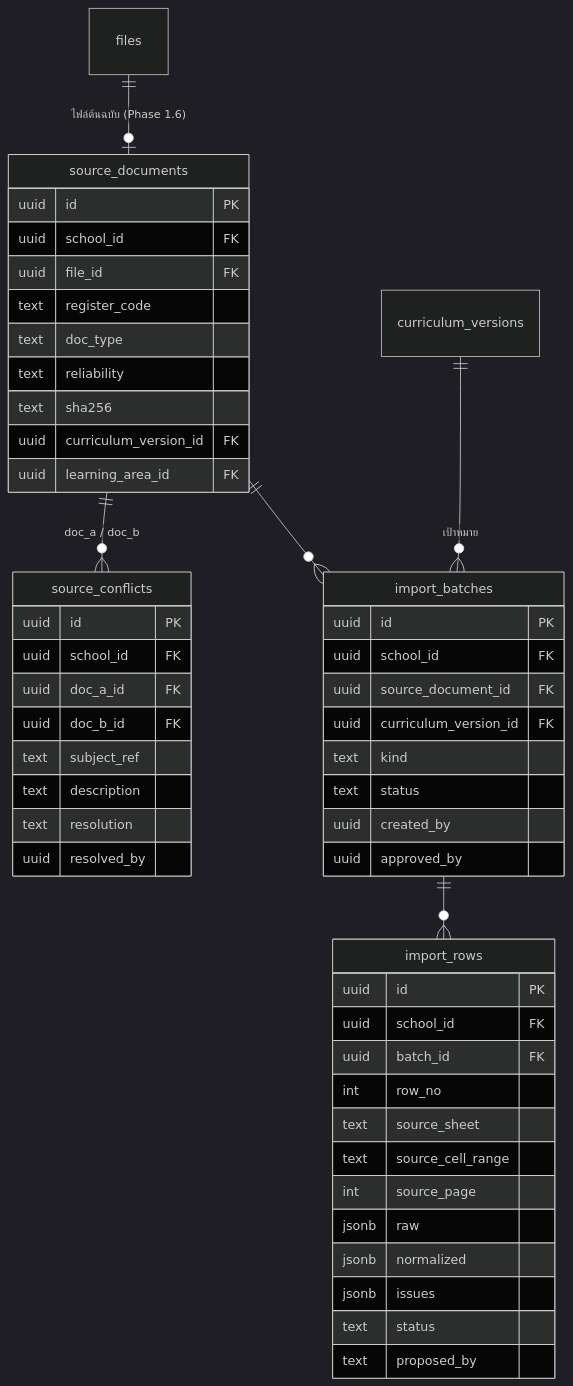
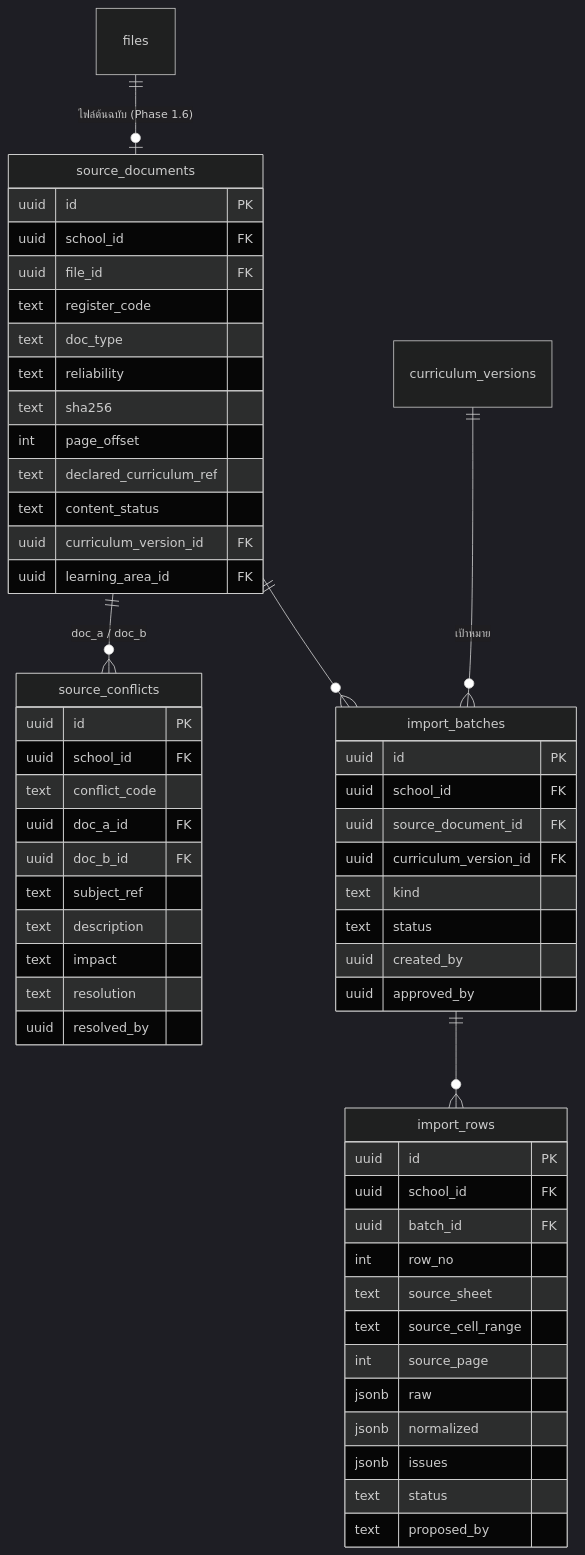
Before and after one commit to sakngamacademic-lang/academic-sakngam: the third of 3 diagrams in docs/architecture/CURRICULUM-ERD.md, drawn with Mermaid (dark theme). The commit also changed other lines of this file and 5 other files, not shown here.

First line of the commit message:
docs(curriculum): C1.0 source audit correction

````diff
--- a/docs/architecture/CURRICULUM-ERD.md
+++ b/docs/architecture/CURRICULUM-ERD.md
@@ -68,13 +68,13 @@
 ```mermaid
 erDiagram
   files ||--o| source_documents : "ไฟล์ต้นฉบับ (Phase 1.6)"
   source_documents ||--o{ source_conflicts : "doc_a / doc_b"
   source_documents ||--o{ import_batches : ""
   curriculum_versions ||--o{ import_batches : "เป้าหมาย"
   import_batches ||--o{ import_rows : ""
 
-  source_documents { uuid id PK uuid school_id FK uuid file_id FK text register_code text doc_type text reliability text sha256 uuid curriculum_version_id FK uuid learning_area_id FK }
-  source_conflicts { uuid id PK uuid school_id FK uuid doc_a_id FK uuid doc_b_id FK text subject_ref text description text resolution uuid resolved_by }
+  source_documents { uuid id PK uuid school_id FK uuid file_id FK text register_code text doc_type text reliability text sha256 int page_offset text declared_curriculum_ref text content_status uuid curriculum_version_id FK uuid learning_area_id FK }
+  source_conflicts { uuid id PK uuid school_id FK text conflict_code uuid doc_a_id FK uuid doc_b_id FK text subject_ref text description text impact text resolution uuid resolved_by }
   import_batches { uuid id PK uuid school_id FK uuid source_document_id FK uuid curriculum_version_id FK text kind text status uuid created_by uuid approved_by }
   import_rows { uuid id PK uuid school_id FK uuid batch_id FK int row_no text source_sheet text source_cell_range int source_page jsonb raw jsonb normalized jsonb issues text status text proposed_by }
 ```
````
